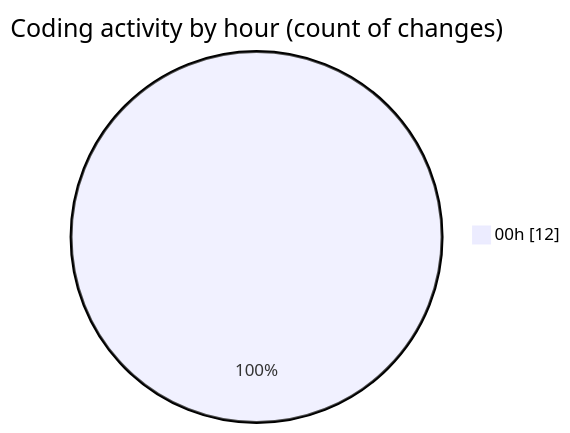
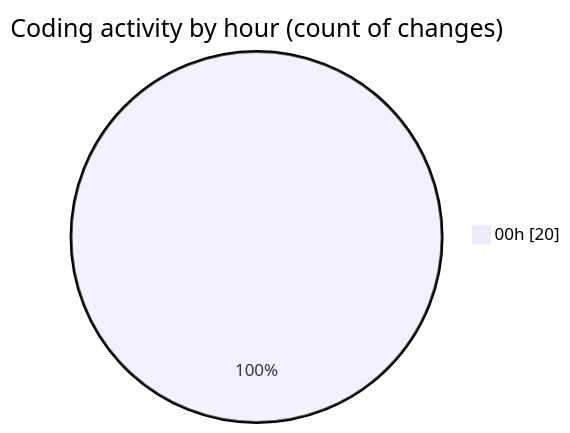
One commit to momahboobian/code-tracking changed the second of 2 diagrams in 2025-02-24/samplepdf/README.md. Above: the diagram before and after it, drawn with Mermaid. The commit also changed other lines of this file and 1 other file, not shown here.

````diff
--- a/2025-02-24/samplepdf/README.md
+++ b/2025-02-24/samplepdf/README.md
@@ -31,5 +31,5 @@
 ```mermaid
 pie showData
 title Coding activity by hour (count of changes)
-"00h" : 12
+"00h" : 20
 ```
````
